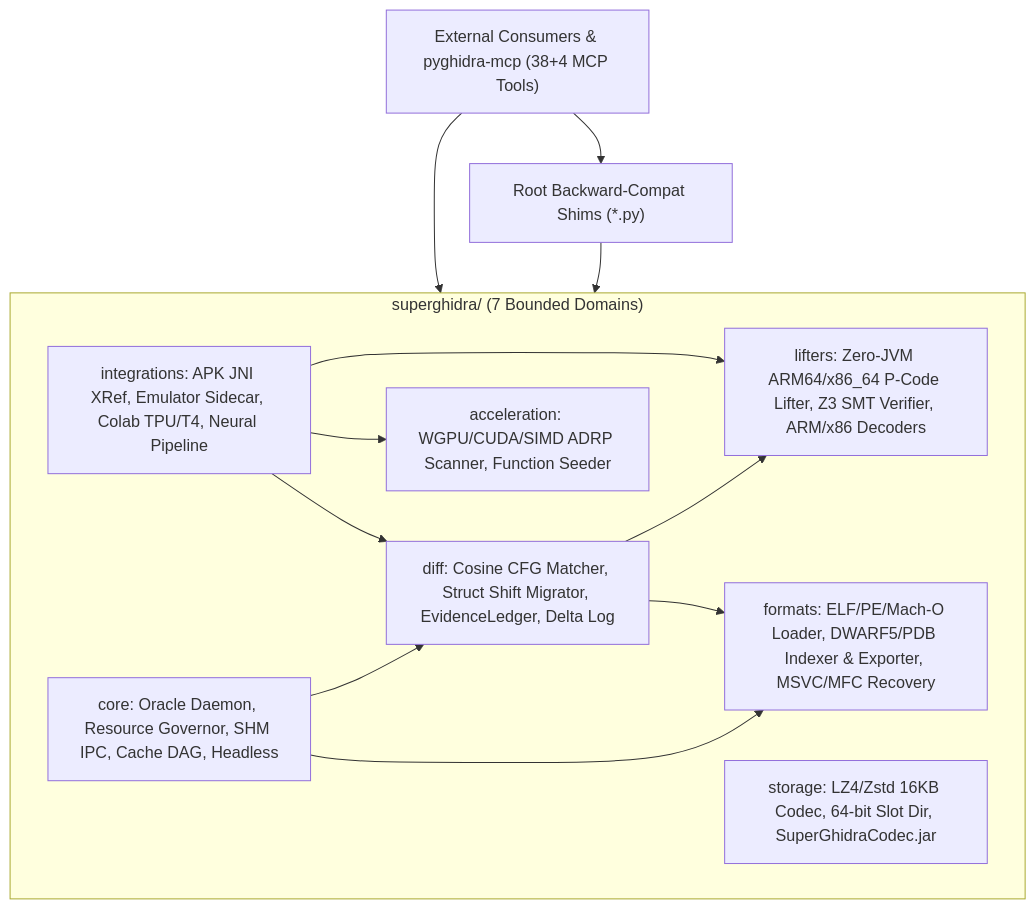
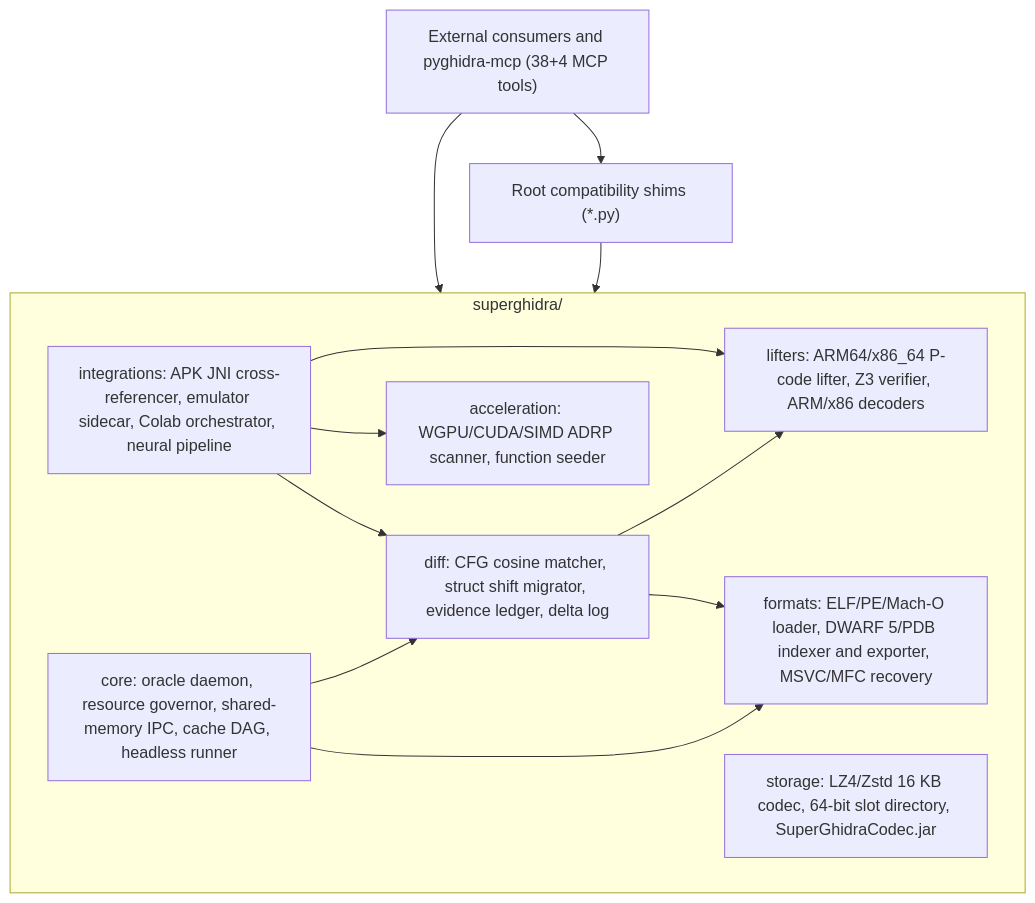
Before and after one commit to yuatemycat/SuperGhidra: the diagram in ARCHITECTURE.md, drawn with Mermaid. The commit also changed other lines of this file and 2 other files, not shown here.

First line of the commit message:
docs: rewrite CONTRIBUTING and ARCHITECTURE in plain language, add AGENTS.md writing rule

````diff
--- a/ARCHITECTURE.md
+++ b/ARCHITECTURE.md
@@ -7,24 +7,24 @@
 ```mermaid
 flowchart TD
-    MCP["External Consumers & pyghidra-mcp (38+4 MCP Tools)"] --> Shims["Root Backward-Compat Shims (*.py)"]
-    MCP --> Canonical["Canonical Package (superghidra.*)"]
+    MCP["External consumers and pyghidra-mcp (38+4 MCP tools)"] --> Shims["Root compatibility shims (*.py)"]
+    MCP --> Canonical["Canonical package (superghidra.*)"]
     Shims --> Canonical
 
-    subgraph Canonical["superghidra/ (7 Bounded Domains)"]
-        Core["core: Oracle Daemon, Resource Governor, SHM IPC, Cache DAG, Headless"]
-        Storage["storage: LZ4/Zstd 16KB Codec, 64-bit Slot Dir, SuperGhidraCodec.jar"]
-        Accel["acceleration: WGPU/CUDA/SIMD ADRP Scanner, Function Seeder"]
-        Diff["diff: Cosine CFG Matcher, Struct Shift Migrator, EvidenceLedger, Delta Log"]
-        Lifters["lifters: Zero-JVM ARM64/x86_64 P-Code Lifter, Z3 SMT Verifier, ARM/x86 Decoders"]
-        Formats["formats: ELF/PE/Mach-O Loader, DWARF5/PDB Indexer & Exporter, MSVC/MFC Recovery"]
-        Integ["integrations: APK JNI XRef, Emulator Sidecar, Colab TPU/T4, Neural Pipeline"]
+    subgraph Canonical["superghidra/"]
+        Core["core: oracle daemon, resource governor, shared-memory IPC, cache DAG, headless runner"]
+        Storage["storage: LZ4/Zstd 16 KB codec, 64-bit slot directory, SuperGhidraCodec.jar"]
+        Accel["acceleration: WGPU/CUDA/SIMD ADRP scanner, function seeder"]
+        Diff["diff: CFG cosine matcher, struct shift migrator, evidence ledger, delta log"]
+        Lifters["lifters: ARM64/x86_64 P-code lifter, Z3 verifier, ARM/x86 decoders"]
+        Formats["formats: ELF/PE/Mach-O loader, DWARF 5/PDB indexer and exporter, MSVC/MFC recovery"]
+        Integ["integrations: APK JNI cross-referencer, emulator sidecar, Colab orchestrator, neural pipeline"]
     end
 
     Integ --> Diff
     Integ --> Lifters
     Integ --> Accel
     Diff --> Lifters
     Diff --> Formats
     Core --> Formats
     Core --> Diff
 ```
````
